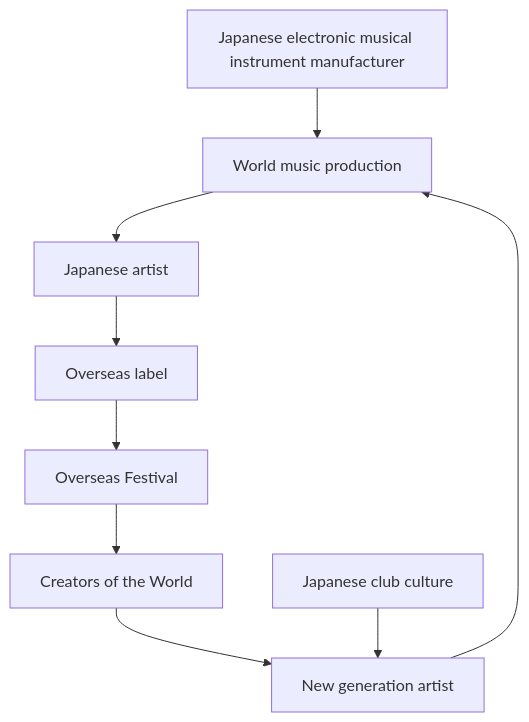
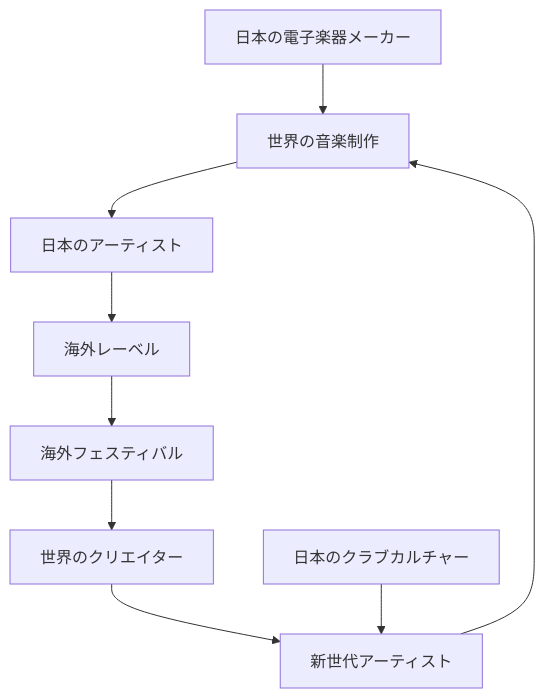
One commit to monumental-movement/monumental-movement.github.io changed the sixth of 6 diagrams in en/_posts/2026-06-27-column-japanese-techno.md. Above: the diagram before and after it, drawn with Mermaid. The commit also changed other lines of this file and 2196 other files, not shown here.

```diff
--- a/en/_posts/2026-06-27-column-japanese-techno.md
+++ b/en/_posts/2026-06-27-column-japanese-techno.md
@@ -674,29 +673,29 @@
 <div class="mermaid">
 flowchart TD
 
-A["Japanese electronic musical instrument manufacturer"]
+A["日本の電子楽器メーカー"]
 
-B["World music production"]
+B["世界の音楽制作"]
 
-C["Japanese artist"]
+C["日本のアーティスト"]
 
-D["Overseas label"]
+D["海外レーベル"]
 
-E["Overseas Festival"]
+E["海外フェスティバル"]
 
-F["Creators of the World"]
+F["世界のクリエイター"]
 
-G["Japanese club culture"]
+G["日本のクラブカルチャー"]
 
-H["New generation artist"]
+H["新世代アーティスト"]
 
 A --> B
 B --> C
 C --> D
 D --> E
 E --> F
 F --> H
 G --> H
 H --> B
 
 </div>
```
